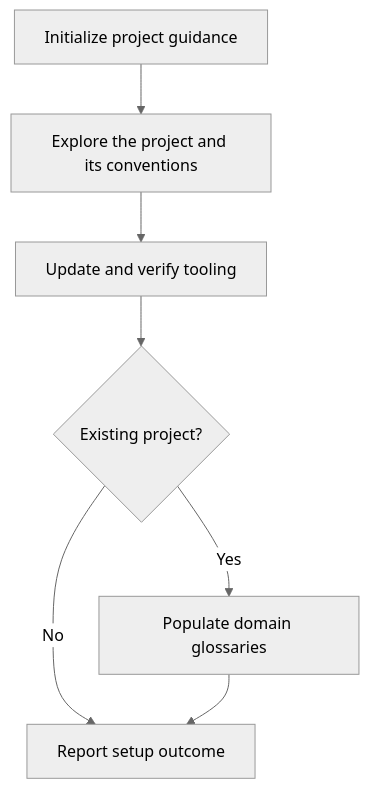
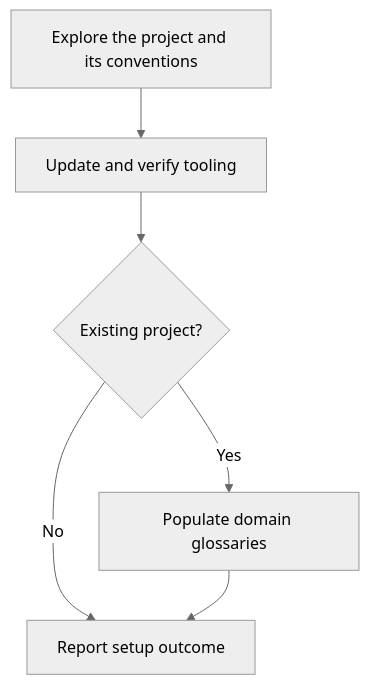
The diagram in src/Assets/Blueprints/skills/setup-project/SKILL.md (UseTheFork/spindle), drawn with Mermaid (neutral theme) before and after one commit. The commit also changed other lines of this file, not shown here.

Commit message:
feat: update setup-project skill description and workflow steps

````diff
--- a/src/Assets/Blueprints/skills/setup-project/SKILL.md
+++ b/src/Assets/Blueprints/skills/setup-project/SKILL.md
@@ -19,9 +25,8 @@
 ```mermaid
 flowchart TD
-    A[Initialize project guidance] --> B[Explore the project and its conventions]
-    B --> C[Update and verify tooling]
+    B[Explore the project and its conventions] --> C[Update and verify tooling]
     C --> G{Existing project?}
     G -- Yes --> H[Populate domain glossaries]
     G -- No --> I[Report setup outcome]
     H --> I
 ```
````
